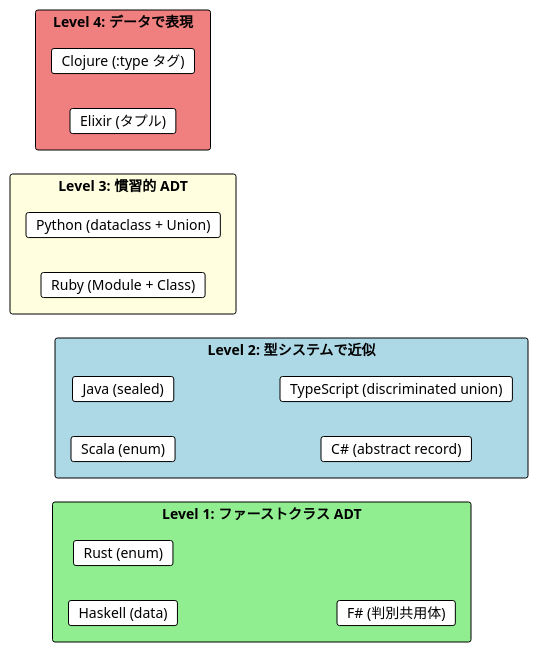
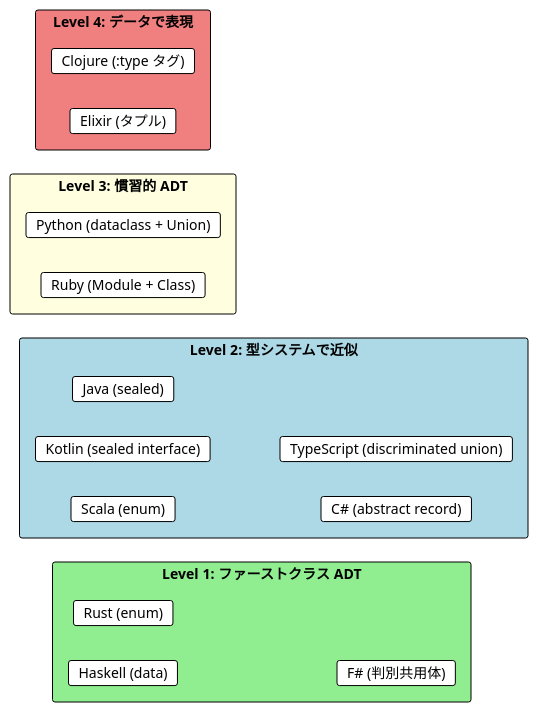
The third of 6 diagrams in docs/article/all/part-3-ch07-either-adt.md (k2works/grokkingfp-excersice), drawn with PlantUML before and after one commit. The commit also changed other lines of this file and 12 other files, not shown here.

````diff
--- a/docs/article/all/part-3-ch07-either-adt.md
+++ b/docs/article/all/part-3-ch07-either-adt.md
@@ -701,30 +753,31 @@
 ```plantuml
 @startuml
 !theme plain
 left to right direction
 
 rectangle "Level 1: ファーストクラス ADT" #LightGreen {
   card "Haskell (data)" as h
   card "Rust (enum)" as rs
   card "F# (判別共用体)" as fs
 }
 
 rectangle "Level 2: 型システムで近似" #LightBlue {
   card "Scala (enum)" as sc
+  card "Kotlin (sealed interface)" as kt
   card "Java (sealed)" as jv
   card "C# (abstract record)" as cs
   card "TypeScript (discriminated union)" as ts
 }
 
 rectangle "Level 3: 慣習的 ADT" #LightYellow {
   card "Python (dataclass + Union)" as py
   card "Ruby (Module + Class)" as rb
 }
 
 rectangle "Level 4: データで表現" #LightCoral {
   card "Clojure (:type タグ)" as clj
   card "Elixir (タプル)" as ex
 }
 
 @enduml
 ```
````
